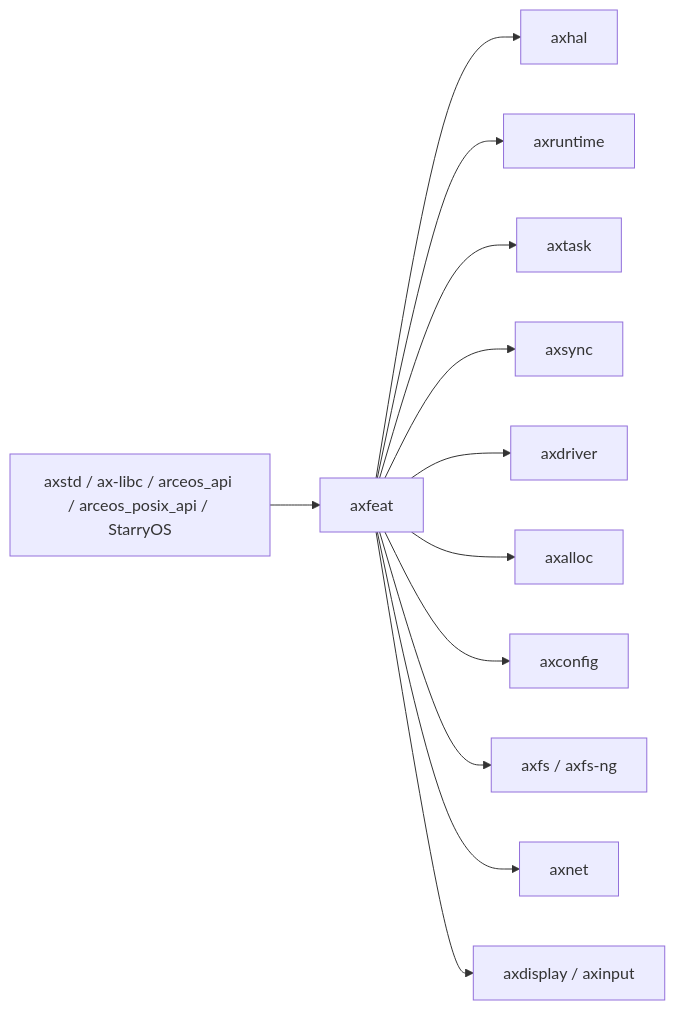
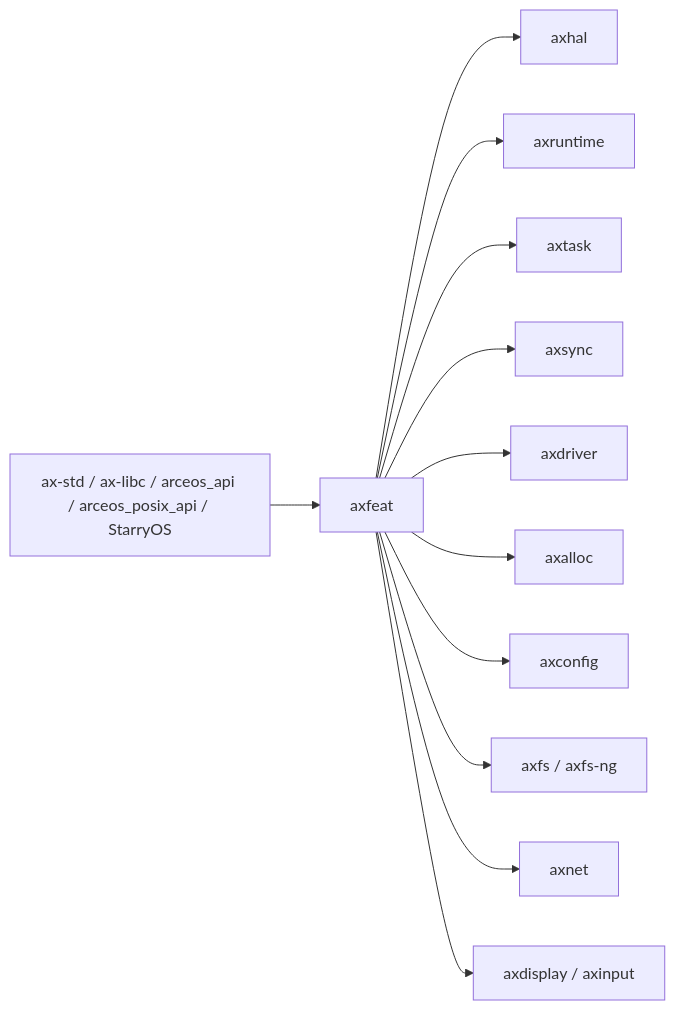
One commit to zKurisu/tgoskits changed the first of 2 diagrams in docs/crates/axfeat.md. Above: the diagram before and after it, drawn with Mermaid. The commit also changed other lines of this file and 153 other files, not shown here.

Commit message:
rename axstd to ax-std

````diff
--- a/docs/crates/axfeat.md
+++ b/docs/crates/axfeat.md
@@ -24,14 +24,14 @@
 ```mermaid
 flowchart LR
-    Top["axstd / ax-libc / arceos_api / arceos_posix_api / StarryOS"] --> F["axfeat"]
+    Top["ax-std / ax-libc / arceos_api / arceos_posix_api / StarryOS"] --> F["axfeat"]
     F --> HAL["axhal"]
     F --> RT["axruntime"]
     F --> TASK["axtask"]
     F --> SYNC["axsync"]
     F --> DRIVER["axdriver"]
     F --> ALLOC["axalloc"]
     F --> CFG["axconfig"]
     F --> FS["axfs / axfs-ng"]
     F --> NET["axnet"]
     F --> DISP["axdisplay / axinput"]
 ```
````
